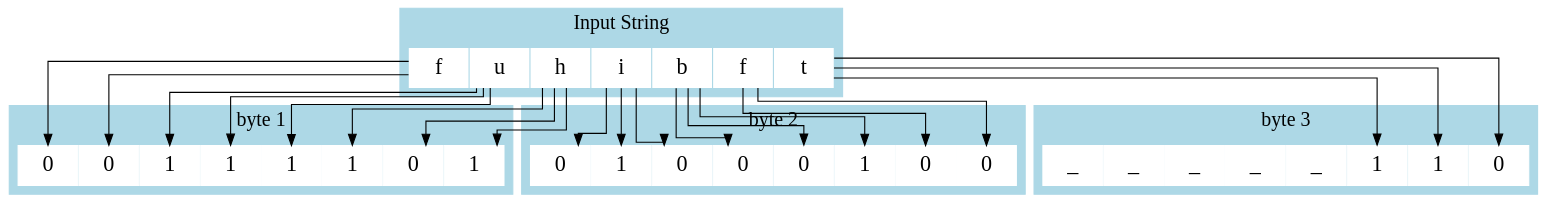
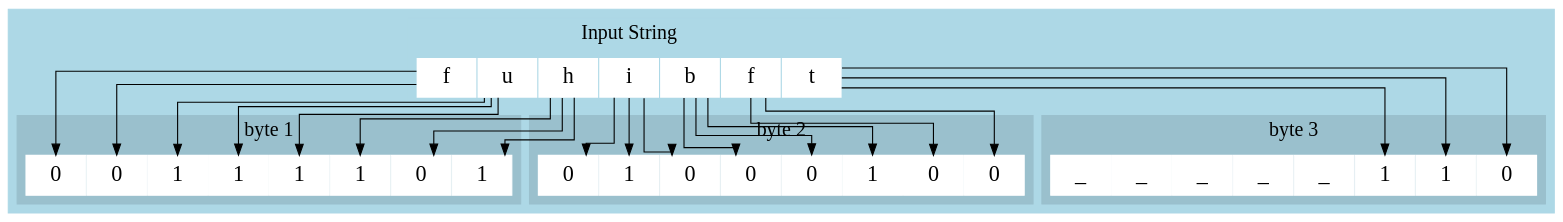
Before and after one commit to ary82/huffbit: the diagram in graphviz/output.gv, drawn with Graphviz. The commit also changed 1 other file, not shown here.

```diff
--- a/graphviz/output.gv
+++ b/graphviz/output.gv
@@ -1,82 +1,85 @@
 digraph output_string {
   bgcolor=transparent
   graph [splines=ortho nodesep=0 fontsize=18 fontname="HackNerdFont" style=filled color=lightblue];
   node [fontsize=20 fontname="HackNerdFont" style=filled color=white shape=box];
 
-  subgraph cluster_input {
-    label = "Input String";
-    rankdir=LR;
-    h [label="h", shape=plaintext];
-    u [label="u", shape=plaintext];
-    f [label="f", shape=plaintext];
-    f2 [label="f", shape=plaintext];
-    b [label="b", shape=plaintext];
-    i [label="i", shape=plaintext];
-    t [label="t", shape=plaintext];
+  subgraph cluster_output {
+
+    subgraph cluster_input {
+      label = "Input String";
+      rankdir=LR;
+      h [label="h", shape=plaintext];
+      u [label="u", shape=plaintext];
+      f [label="f", shape=plaintext];
+      f2 [label="f", shape=plaintext];
+      b [label="b", shape=plaintext];
+      i [label="i", shape=plaintext];
+      t [label="t", shape=plaintext];
+    }
+
+    subgraph cluster_byte1 {
+      label = "byte 1"
+      color = lightblue3
+      rankdir=LR;
+      by1b1[label="1"];
+      by1b2[label="0"];
+      by1b3[label="1"];
+      by1b4[label="1"];
+      by1b5[label="1"];
+      by1b6[label="1"];
+      by1b7[label="0"];
+      by1b8[label="0"];
+    }
+    subgraph cluster_byte2 {
+      label = "byte 2"
+      color = lightblue3
+      by2b1[label="0"];
+      by2b2[label="0"];
+      by2b3[label="1"];
+      by2b4[label="0"];
+      by2b5[label="0"];
+      by2b6[label="0"];
+      by2b7[label="1"];
+      by2b8[label="0"];
+    }
+    subgraph cluster_byte3 {
+      label = "byte 3"
+      color = lightblue3
+      by3b1[label="0"];
+      by3b2[label="1"];
+      by3b3[label="1"];
+      by3b4[label="_"];
+      by3b5[label="_"];
+      by3b6[label="_"];
+      by3b7[label="_"];
+      by3b8[label="_"];
+    }
+
+    // Connections
+    h -> by1b1
+    h -> by1b2
+    h -> by1b3
+
+    u -> by1b4
+    u -> by1b5
+    u -> by1b6
+
+    f -> by1b7
+    f -> by1b8
+
+    f2 -> by2b1
+    f2 -> by2b2
+
+    b -> by2b3
+    b -> by2b4
+    b -> by2b5
+
+    i -> by2b6
+    i -> by2b7
+    i -> by2b8
+
+    t -> by3b1
+    t -> by3b2
+    t -> by3b3
   }
-
-  subgraph cluster_byte1 {
-    label = "byte 1"
-    color = lightblue
-    rankdir=LR;
-    by1b1[label="1"];
-    by1b2[label="0"];
-    by1b3[label="1"];
-    by1b4[label="1"];
-    by1b5[label="1"];
-    by1b6[label="1"];
-    by1b7[label="0"];
-    by1b8[label="0"];
-  }
-  subgraph cluster_byte2 {
-    label = "byte 2"
-    color = lightblue
-    by2b1[label="0"];
-    by2b2[label="0"];
-    by2b3[label="1"];
-    by2b4[label="0"];
-    by2b5[label="0"];
-    by2b6[label="0"];
-    by2b7[label="1"];
-    by2b8[label="0"];
-  }
-  subgraph cluster_byte3 {
-    label = "byte 3"
-    color = lightblue
-    by3b1[label="0"];
-    by3b2[label="1"];
-    by3b3[label="1"];
-    by3b4[label="_"];
-    by3b5[label="_"];
-    by3b6[label="_"];
-    by3b7[label="_"];
-    by3b8[label="_"];
-  }
-
-  // Connections
-  h -> by1b1
-  h -> by1b2
-  h -> by1b3
-
-  u -> by1b4
-  u -> by1b5
-  u -> by1b6
-
-  f -> by1b7
-  f -> by1b8
-
-  f2 -> by2b1
-  f2 -> by2b2
-
-  b -> by2b3
-  b -> by2b4
-  b -> by2b5
-
-  i -> by2b6
-  i -> by2b7
-  i -> by2b8
-
-  t -> by3b1
-  t -> by3b2
-  t -> by3b3
 }
```
